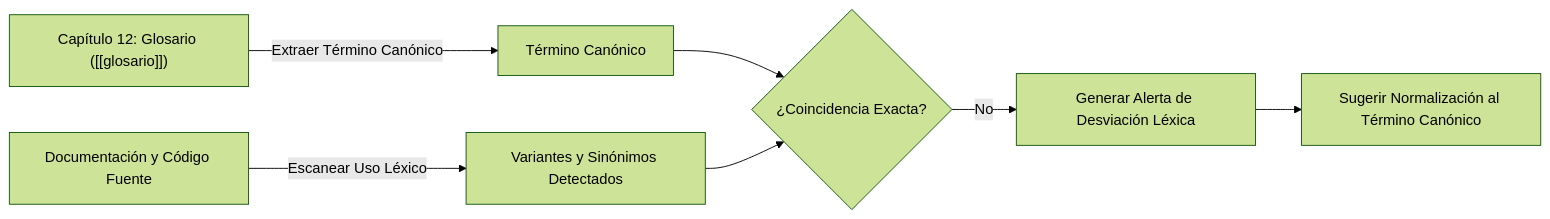
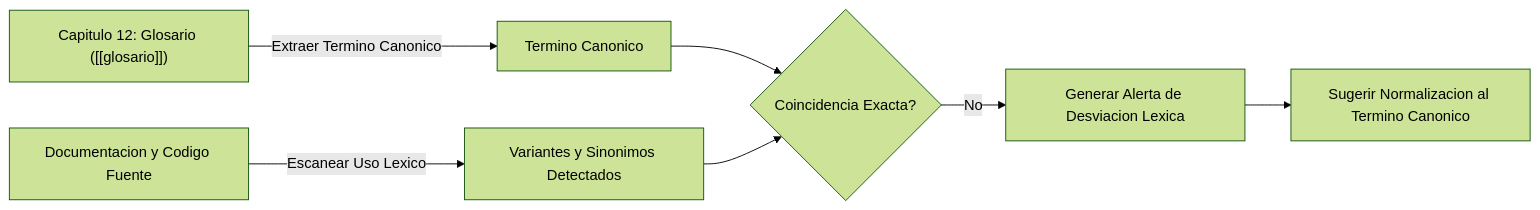
Before and after one commit to EdwinDragusin/agent-core-skills: the third of 3 diagrams in skills/docs-governance-mastery/references/audit-checklist.md, drawn with Mermaid (forest theme). The commit also changed other lines of this file and 89 other files, not shown here.

````diff
--- a/skills/docs-governance-mastery/references/audit-checklist.md
+++ b/skills/docs-governance-mastery/references/audit-checklist.md
@@ -268,8 +268,8 @@
 ```mermaid
 flowchart LR
-    G["Capítulo 12: Glosario ([[glosario]])"] -->|Extraer Término Canónico| T["Término Canónico"]
-    D["Documentación y Código Fuente"] -->|Escanear Uso Léxico| V["Variantes y Sinónimos Detectados"]
-    T & V --> C{"¿Coincidencia Exacta?"}
-    C -- No --> A["Generar Alerta de Desviación Léxica"]
-    A --> S["Sugerir Normalización al Término Canónico"]
+    G["Capitulo 12: Glosario ([[glosario]])"] -->|Extraer Termino Canonico| T["Termino Canonico"]
+    D["Documentacion y Codigo Fuente"] -->|Escanear Uso Lexico| V["Variantes y Sinonimos Detectados"]
+    T & V --> C{"Coincidencia Exacta?"}
+    C -- No --> A["Generar Alerta de Desviacion Lexica"]
+    A --> S["Sugerir Normalizacion al Termino Canonico"]
 ```
````
